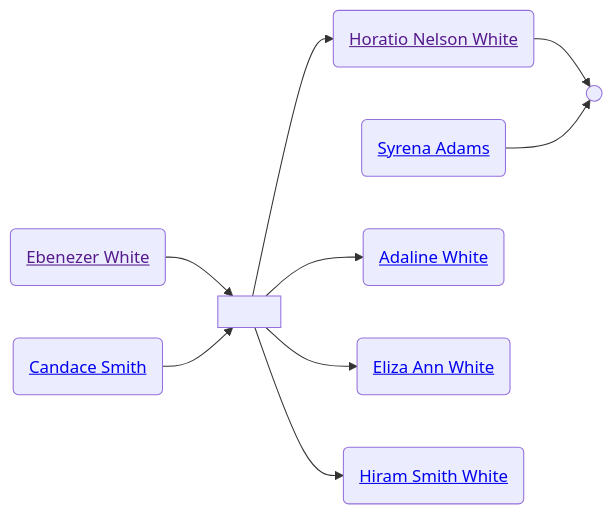
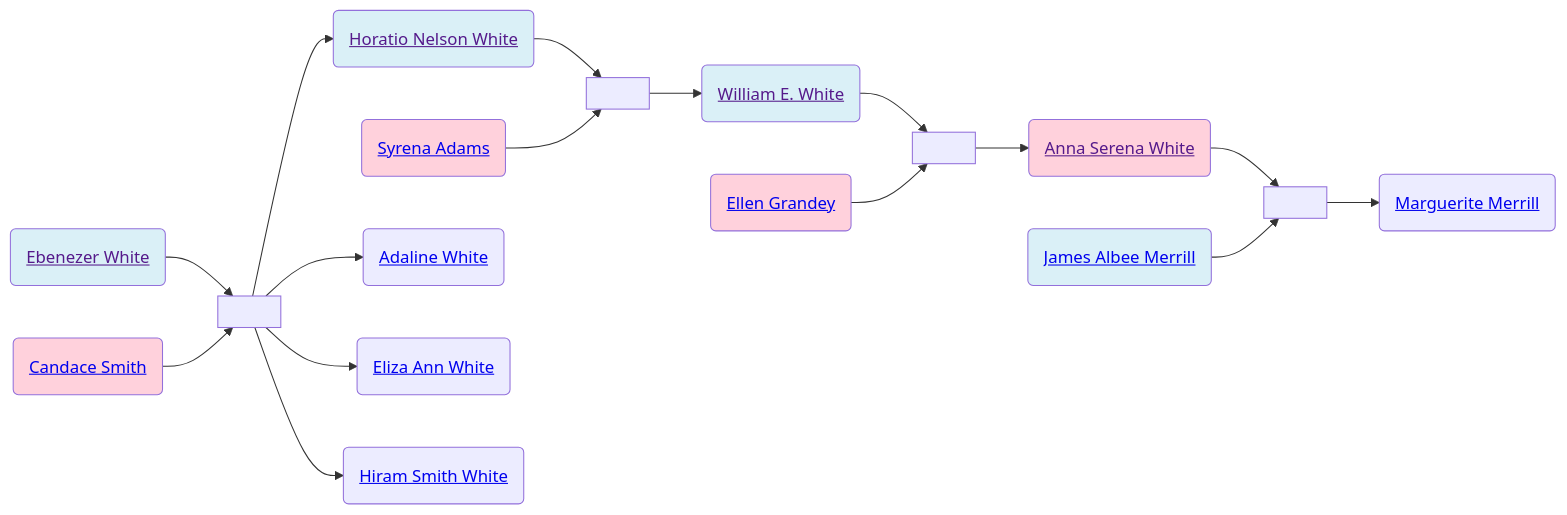
Before and after one commit to neelsmith/avocational: the second of 2 diagrams in familyhistory/sources/people/Merrill-line/White-line/Ebenezer_White.qmd, drawn with Mermaid. The commit also changed other lines of this file and 91 other files, not shown here.

Commit message:
Rebuild descendant diagrams

````diff
--- a/familyhistory/sources/people/Merrill-line/White-line/Ebenezer_White.qmd
+++ b/familyhistory/sources/people/Merrill-line/White-line/Ebenezer_White.qmd
@@ -48,17 +49,41 @@
 ```{mermaid}
 graph LR
+%% LR descendant diagram
 class Ebenezer_White_and_Candace_Smith marriage
 Ebenezer_White(<a href=''>Ebenezer White</>) --> Ebenezer_White_and_Candace_Smith[ ]
 Candace_Smith(<a href='./Candace-Smith-line/Candace_Smith.html'>Candace Smith</>) --> Ebenezer_White_and_Candace_Smith(( ))
+class Ebenezer_White father
+class Candace_Smith mother
 Ebenezer_White_and_Candace_Smith[ ] --> Horatio_Nelson_White(<a href='./Horatio_Nelson_White.html'>Horatio Nelson White</>)
 class Horatio_Nelson_White_and_Syrena_Adams marriage
 Horatio_Nelson_White(<a href=''>Horatio Nelson White</>) --> Horatio_Nelson_White_and_Syrena_Adams[ ]
 Syrena_Adams(<a href='./Syrena_Adams.html'>Syrena Adams</>) --> Horatio_Nelson_White_and_Syrena_Adams(( ))
+class Horatio_Nelson_White father
+class Syrena_Adams mother
+Horatio_Nelson_White_and_Syrena_Adams[ ] --> William_E._White(<a href='./William_E._White.html'>William E. White</>)
+class William_E._White_and_Ellen_Grandey marriage
+William_E._White(<a href=''>William E. White</>) --> William_E._White_and_Ellen_Grandey[ ]
+Ellen_Grandey(<a href='./../Grandey-line/Ellen_Grandey.html'>Ellen Grandey</>) --> William_E._White_and_Ellen_Grandey(( ))
+class William_E._White father
+class Ellen_Grandey mother
+William_E._White_and_Ellen_Grandey[ ] --> Anna_Serena_White(<a href='./Anna_Serena_White.html'>Anna Serena White</>)
+class Anna_Serena_White_and_James_Albee_Merrill marriage
+Anna_Serena_White(<a href=''>Anna Serena White</>) --> Anna_Serena_White_and_James_Albee_Merrill[ ]
+James_Albee_Merrill(<a href='./../James_Albee_Merrill.html'>James Albee Merrill</>) --> Anna_Serena_White_and_James_Albee_Merrill(( ))
+class James_Albee_Merrill father
+class Anna_Serena_White mother
+Anna_Serena_White_and_James_Albee_Merrill[ ] --> Marguerite_Merrill(<a href='./../Marguerite_Merrill.html'>Marguerite Merrill</>)
+class Ebenezer_White father
+class Candace_Smith mother
 Ebenezer_White_and_Candace_Smith[ ] --> Adaline_White(<a href='./Adaline_White.html'>Adaline White</>)
+class Ebenezer_White father
+class Candace_Smith mother
 Ebenezer_White_and_Candace_Smith[ ] --> Eliza_Ann_White(<a href='./Eliza_Ann_White.html'>Eliza Ann White</>)
+class Ebenezer_White father
+class Candace_Smith mother
 Ebenezer_White_and_Candace_Smith[ ] --> Hiram_Smith_White(<a href='./Hiram_Smith_White.html'>Hiram Smith White</>)
 classDef mother fill:#ffd1dc
 classDef father fill:#daf0f7  
 classDef marriage fill:#ffffff
 
 ```
````
